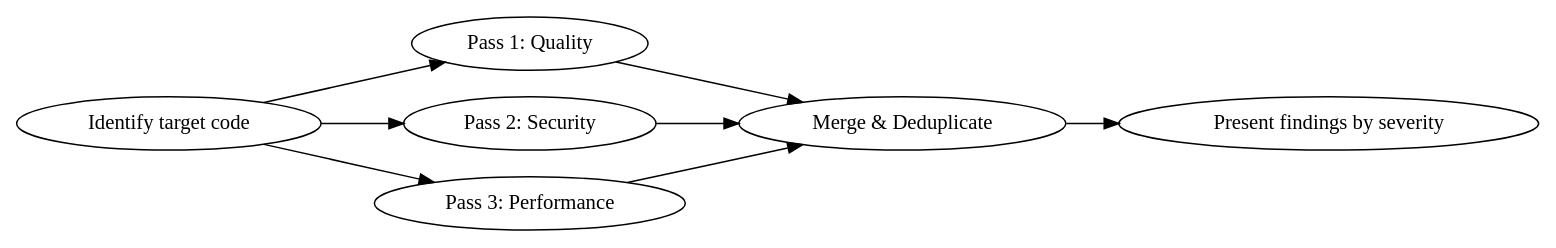
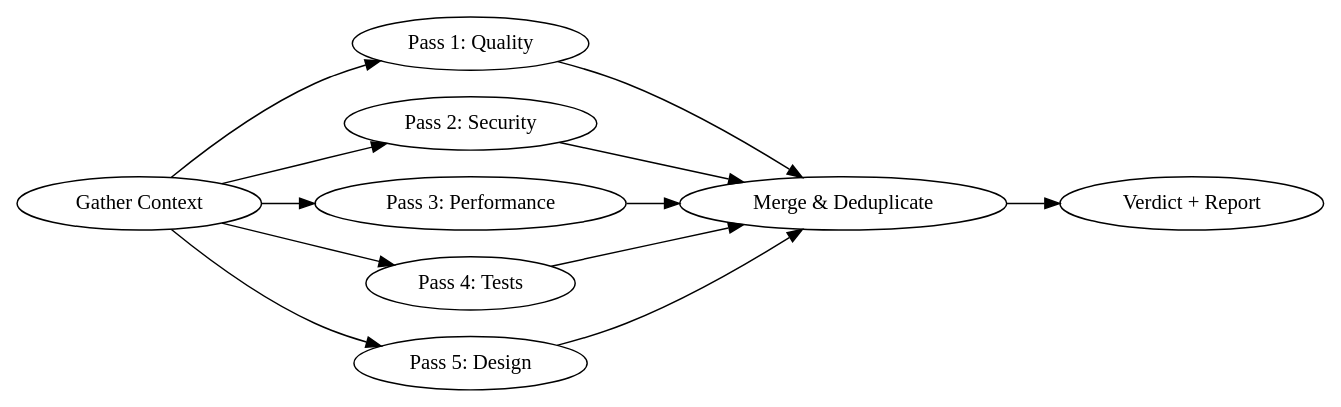
One commit to caio-silva/claude-skills changed the diagram in skills/deep-code-review/SKILL.md. Above: the diagram before and after it, drawn with Graphviz. The commit also changed other lines of this file and 1 other file, not shown here.

First line of the commit message:
feat: expand to five-pass review with verdict, confidence, and context

````diff
--- a/skills/deep-code-review/SKILL.md
+++ b/skills/deep-code-review/SKILL.md
@@ -30,9 +30,11 @@
 ```dot
 digraph review_flow {
     rankdir=LR;
-    "Identify target code" -> "Pass 1: Quality" -> "Merge & Deduplicate";
-    "Identify target code" -> "Pass 2: Security" -> "Merge & Deduplicate";
-    "Identify target code" -> "Pass 3: Performance" -> "Merge & Deduplicate";
-    "Merge & Deduplicate" -> "Present findings by severity";
+    "Gather Context" -> "Pass 1: Quality" -> "Merge & Deduplicate";
+    "Gather Context" -> "Pass 2: Security" -> "Merge & Deduplicate";
+    "Gather Context" -> "Pass 3: Performance" -> "Merge & Deduplicate";
+    "Gather Context" -> "Pass 4: Tests" -> "Merge & Deduplicate";
+    "Gather Context" -> "Pass 5: Design" -> "Merge & Deduplicate";
+    "Merge & Deduplicate" -> "Verdict + Report";
 }
 ```
````
